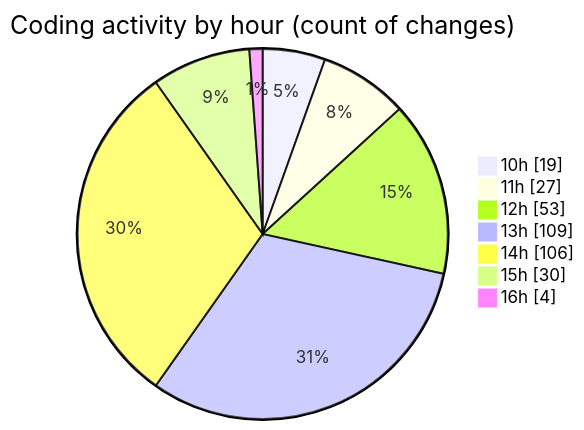
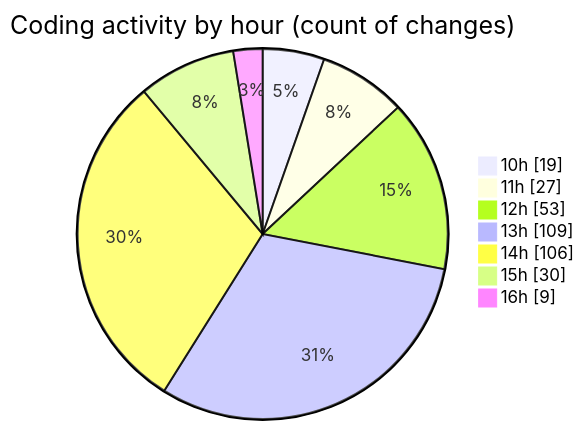
Before and after one commit to momahboobian/code-tracking: the second of 2 diagrams in 2025-03-18/cda/README.md, drawn with Mermaid. The commit also changed other lines of this file and 1 other file, not shown here.

````diff
--- a/2025-03-18/cda/README.md
+++ b/2025-03-18/cda/README.md
@@ -42,11 +42,11 @@
 ```mermaid
 pie showData
 title Coding activity by hour (count of changes)
 "10h" : 19
 "11h" : 27
 "12h" : 53
 "13h" : 109
 "14h" : 106
 "15h" : 30
-"16h" : 4
+"16h" : 9
 ```
````
